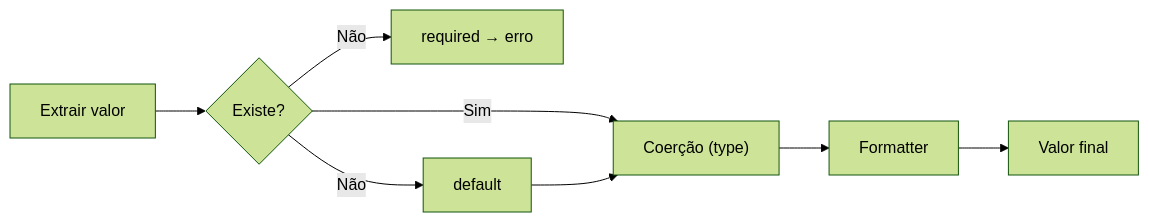
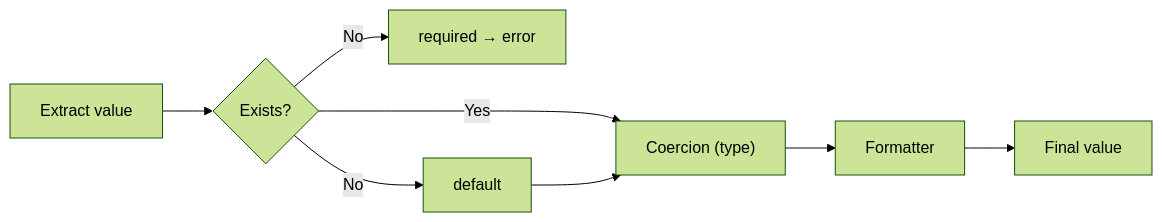
The diagram in docs/guide/types.md (JhonatanRian/pyreps), drawn with Mermaid (forest theme) before and after one commit. The commit also changed other lines of this file and 12 other files, not shown here.

````diff
--- a/docs/guide/types.md
+++ b/docs/guide/types.md
@@ -38,10 +38,10 @@
 ```mermaid
 graph LR
-    A["Extrair valor"] --> B{"Existe?"}
-    B -->|Não| C["required → erro"]
-    B -->|Não| D["default"]
-    B -->|Sim| E["Coerção (type)"]
+    A["Extract value"] --> B{"Exists?"}
+    B -->|No| C["required → error"]
+    B -->|No| D["default"]
+    B -->|Yes| E["Coercion (type)"]
     D --> E
     E --> F["Formatter"]
-    F --> G["Valor final"]
+    F --> G["Final value"]
 ```
````
